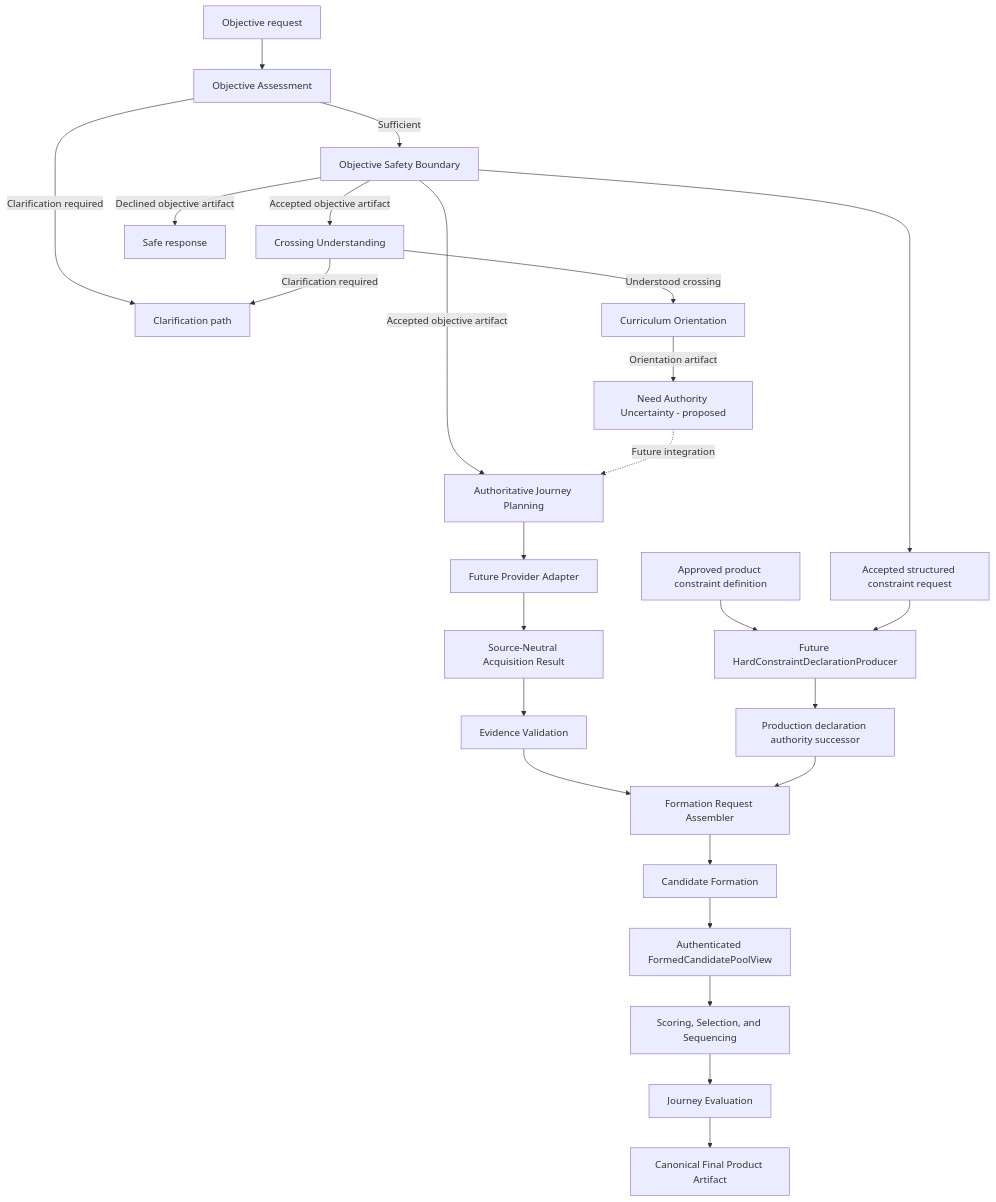
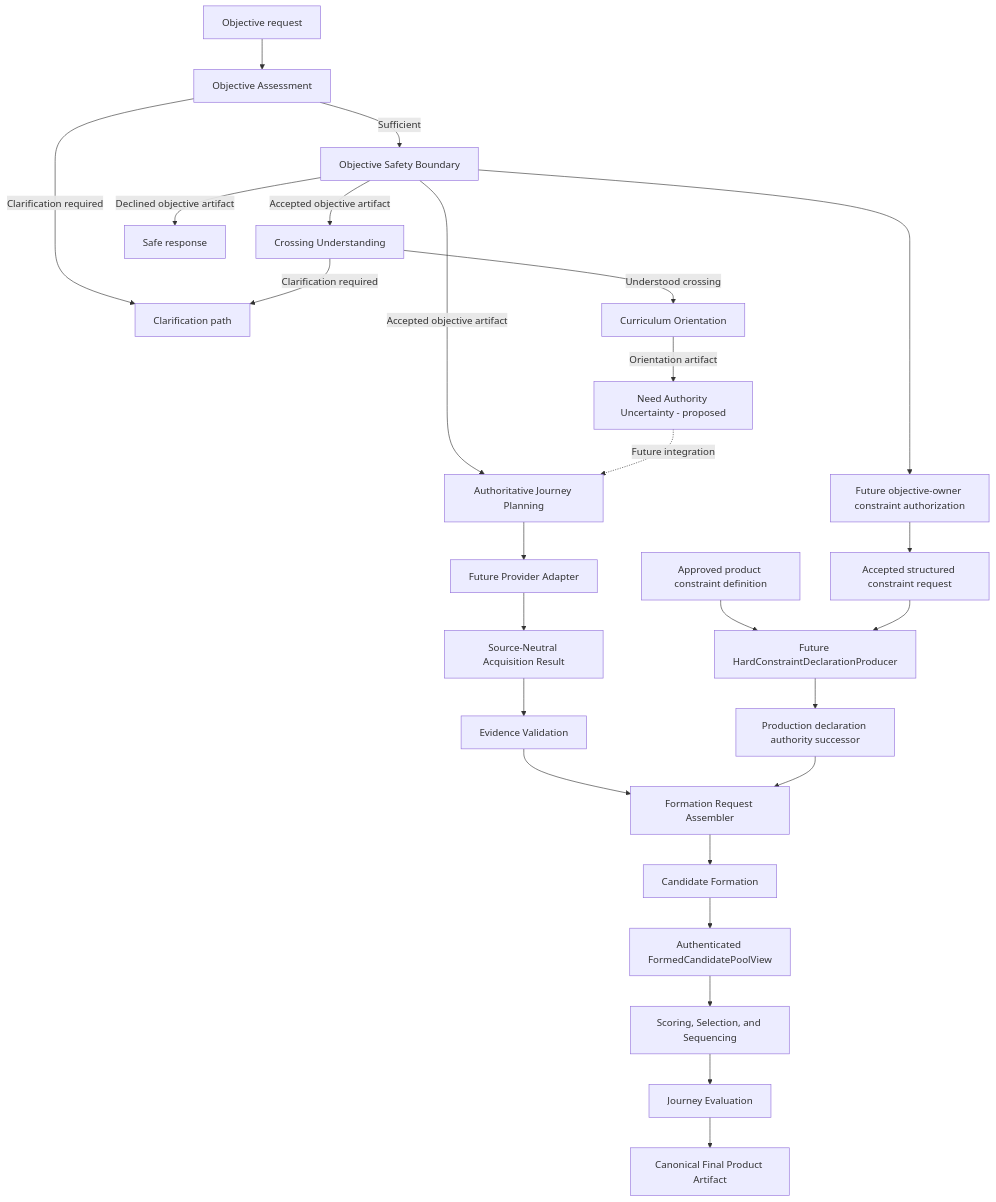
Before and after one commit to kevin7773/PlaylistNarrative: the diagram in docs/architecture.md, drawn with Mermaid. The commit also changed other lines of this file and 3 other files, not shown here.

Commit message:
docs: freeze constraint authorization evidence authority

````diff
--- a/docs/architecture.md
+++ b/docs/architecture.md
@@ -83,27 +86,28 @@
 ```mermaid
 flowchart TD
     A["Objective request"] --> B["Objective Assessment"]
     B -->|"Clarification required"| C["Clarification path"]
     B -->|"Sufficient"| D["Objective Safety Boundary"]
     D -->|"Accepted objective artifact"| E["Authoritative Journey Planning"]
     D -->|"Accepted objective artifact"| CU["Crossing Understanding"]
     D -->|"Declined objective artifact"| F["Safe response"]
     CU -->|"Understood crossing"| O["Curriculum Orientation"]
     CU -->|"Clarification required"| C
     O -->|"Orientation artifact"| N["Need Authority Uncertainty - proposed"]
     N -.->|"Future integration"| E
     E --> G["Future Provider Adapter"]
     G --> ACQ["Source-Neutral Acquisition Result"]
     ACQ --> V["Evidence Validation"]
     V --> R["Formation Request Assembler"]
-    D --> X["Accepted structured constraint request"]
+    D --> AU["Future objective-owner constraint authorization"]
+    AU --> X["Accepted structured constraint request"]
     Z["Approved product constraint definition"] --> Q["Future HardConstraintDeclarationProducer"]
     X --> Q
     Q --> Y["Production declaration authority successor"]
     Y --> R
     R --> J["Candidate Formation"]
     J --> K["Authenticated FormedCandidatePoolView"]
     K --> H["Scoring, Selection, and Sequencing"]
     H --> I["Journey Evaluation"]
     I --> P["Canonical Final Product Artifact"]
 ```
````
